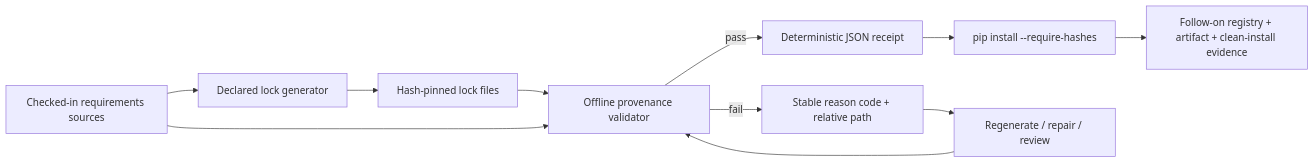
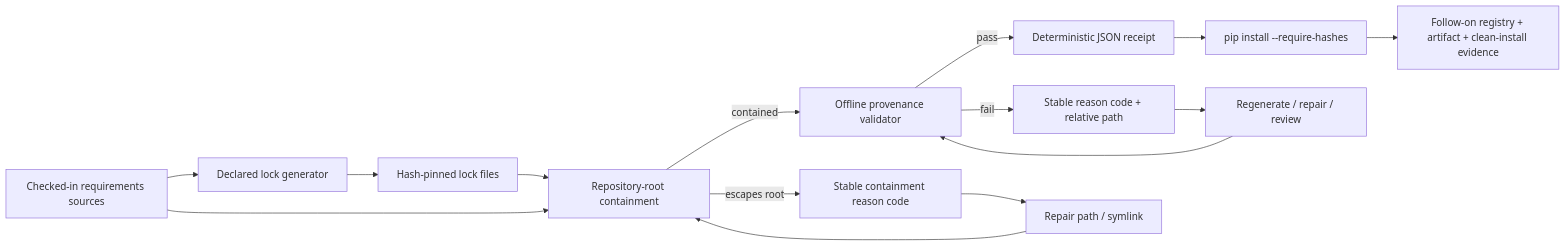
The diagram in docs/doctoring/python-lock-provenance-receipt.md (ContextualWisdomLab/naruon), drawn with Mermaid before and after one commit. The commit also changed other lines of this file, not shown here.

Commit message:
docs(supply-chain): document contained provenance reads

````diff
--- a/docs/doctoring/python-lock-provenance-receipt.md
+++ b/docs/doctoring/python-lock-provenance-receipt.md
@@ -19,13 +19,17 @@
 ```mermaid
 flowchart LR
     A[Checked-in requirements sources] --> B[Declared lock generator]
     B --> C[Hash-pinned lock files]
-    C --> D[Offline provenance validator]
+    C --> D[Repository-root containment]
     A --> D
-    D -->|pass| E[Deterministic JSON receipt]
-    D -->|fail| F[Stable reason code + relative path]
-    E --> G[pip install --require-hashes]
-    F --> H[Regenerate / repair / review]
-    H --> D
-    G --> I[Follow-on registry + artifact + clean-install evidence]
+    D -->|contained| E[Offline provenance validator]
+    D -->|escapes root| F[Stable containment reason code]
+    E -->|pass| G[Deterministic JSON receipt]
+    E -->|fail| H[Stable reason code + relative path]
+    G --> I[pip install --require-hashes]
+    F --> J[Repair path / symlink]
+    H --> K[Regenerate / repair / review]
+    J --> D
+    K --> E
+    I --> L[Follow-on registry + artifact + clean-install evidence]
 ```
````
